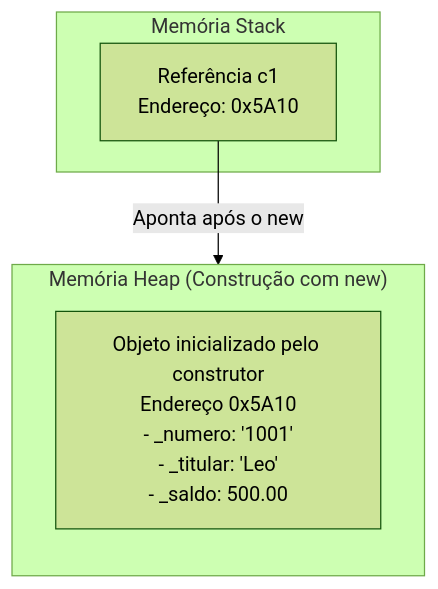
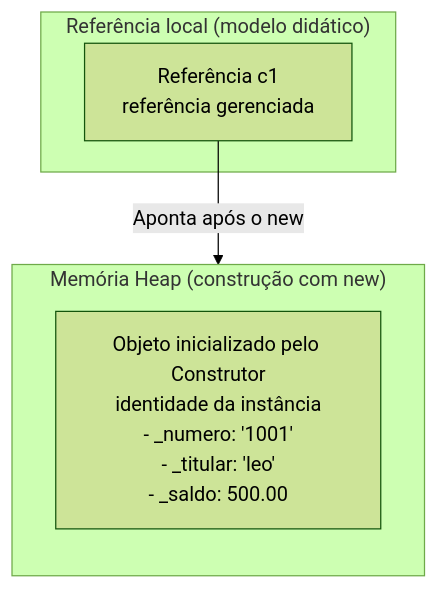
Before and after one commit to leorruas/puc: the second of 8 diagrams in 01. Programacao Modular/08. Construtores (inicialização, sobrecarga e garantia de invariantes).md, drawn with Mermaid (forest theme). The commit also changed other lines of this file and 10 other files, not shown here.

````diff
--- a/01. Programacao Modular/08. Construtores (inicialização, sobrecarga e garantia de invariantes).md
+++ b/01. Programacao Modular/08. Construtores (inicialização, sobrecarga e garantia de invariantes).md
@@ -55,13 +64,13 @@
 ```mermaid
 flowchart TD
-    subgraph Stack ["Memória Stack"]
-        Ref["Referência c1<br>Endereço: 0x5A10"]
+    subgraph Stack ["Referência local (modelo didático)"]
+        Ref["Referência c1<br>referência gerenciada"]
     end
 
-    subgraph Heap ["Memória Heap (Construção com new)"]
+    subgraph Heap ["Memória Heap (construção com new)"]
         direction TB
-        Obj["Objeto inicializado pelo construtor<br>Endereço 0x5A10<br>- _numero: '1001'<br>- _titular: 'Leo'<br>- _saldo: 500.00"]
+        Obj["Objeto inicializado pelo Construtor<br>identidade da instância<br>- _numero: '1001'<br>- _titular: 'leo'<br>- _saldo: 500.00"]
     end
 
     Ref -->|Aponta após o new| Obj
 ```
````
